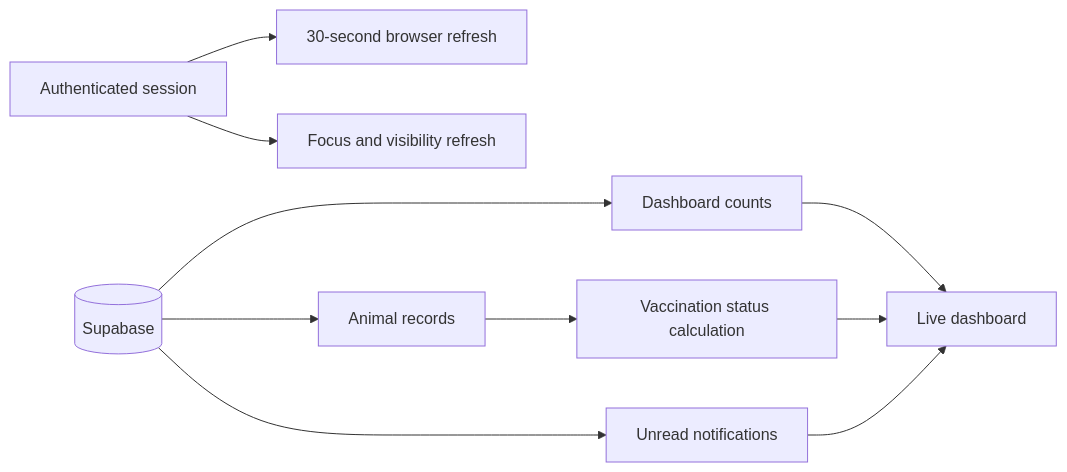
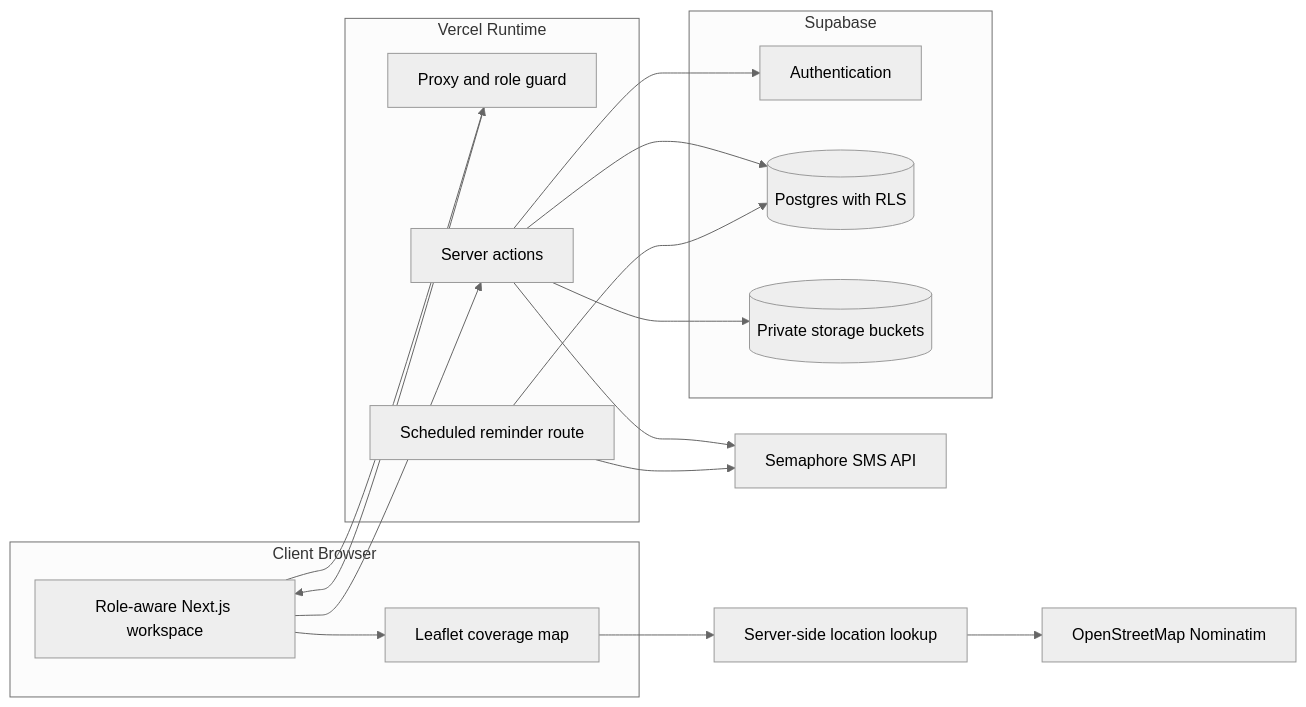
Before and after one commit to kiniakoangaccount/vaccitrack-capstone: the seventh of 7 diagrams in docs/vaccitrack-system.md, drawn with Mermaid. The commit also changed other lines of this file and 7 other files, not shown here.

Commit message:
diagrams

````diff
--- a/docs/vaccitrack-system.md
+++ b/docs/vaccitrack-system.md
@@ -360,12 +294,36 @@
 ```mermaid
+%%{init: {"theme":"neutral"}}%%
 flowchart LR
-  SESSION[Authenticated session] --> POLL[30-second browser refresh]
-  SESSION --> FOCUS[Focus and visibility refresh]
-  DB[(Supabase)] --> RECORDS[Animal records]
-  DB --> COUNTS[Dashboard counts]
-  DB --> NOTICE[Unread notifications]
-  RECORDS --> STATUS[Vaccination status calculation]
-  COUNTS --> DASHBOARD[Live dashboard]
-  STATUS --> DASHBOARD
-  NOTICE --> DASHBOARD
+  subgraph BROWSER[Client Browser]
+    UI[Role-aware Next.js workspace]
+    MAP[Leaflet coverage map]
+  end
+
+  subgraph VERCEL[Vercel Runtime]
+    GUARD[Proxy and role guard]
+    ACTIONS[Server actions]
+    CRON[Scheduled reminder route]
+  end
+
+  subgraph SUPABASE[Supabase]
+    AUTH[Authentication]
+    DB[(Postgres with RLS)]
+    STORAGE[(Private storage buckets)]
+  end
+
+  LOCATION[Server-side location lookup]
+  OSM[OpenStreetMap Nominatim]
+  SMS[Semaphore SMS API]
+
+  UI --> GUARD
+  GUARD --> UI
+  UI --> MAP
+  MAP --> LOCATION --> OSM
+  UI --> ACTIONS
+  ACTIONS --> AUTH
+  ACTIONS --> DB
+  ACTIONS --> STORAGE
+  ACTIONS --> SMS
+  CRON --> DB
+  CRON --> SMS
 ```
````
